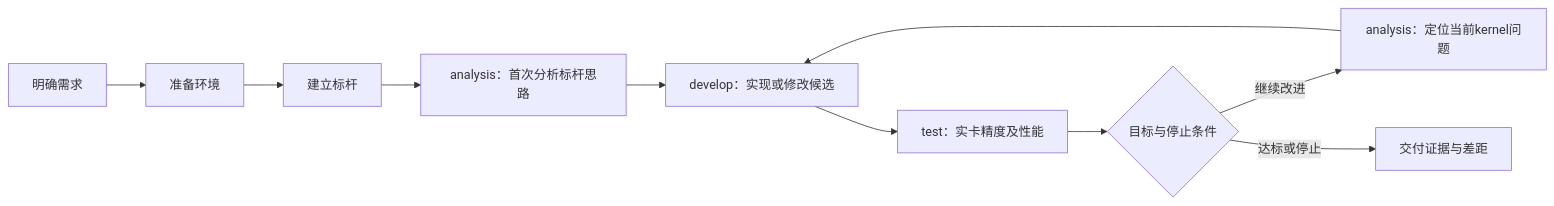
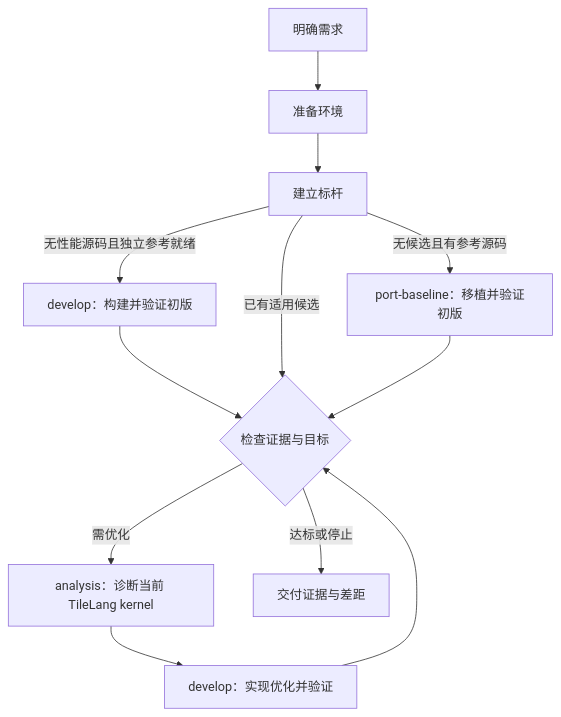
One commit to tile-ai/tilelang-mlir-ascend changed the diagram in README.md. Above: the diagram before and after it, drawn with Mermaid. The commit also changed other lines of this file and 92 other files, not shown here.

First line of the commit message:
feat(harness): harden execution/evaluation pipeline, add analysis/develop knowledge base & search@2 dependency queue (#219)

````diff
--- a/README.md
+++ b/README.md
@@ -39,12 +39,14 @@
 ```mermaid
-flowchart LR
+flowchart TD
     R[明确需求] --> E[准备环境]
     E --> B[建立标杆]
-    B --> A[analysis：首次分析标杆思路]
-    A --> D[develop：实现或修改候选]
-    D --> T[test：实卡精度及性能]
-    T --> C{目标与停止条件}
-    C -->|继续改进| X[analysis：定位当前kernel问题]
-    X --> D
+    B -->|无候选且有参考源码| P[port-baseline：移植并验证初版]
+    B -->|无性能源码且独立参考就绪| I[develop：构建并验证初版]
+    I --> C
+    B -->|已有适用候选| C{检查证据与目标}
+    P --> C
+    C -->|需优化| A[analysis：诊断当前 TileLang kernel]
+    A --> D[develop：实现优化并验证]
+    D --> C
     C -->|达标或停止| O[交付证据与差距]
 ```
````
